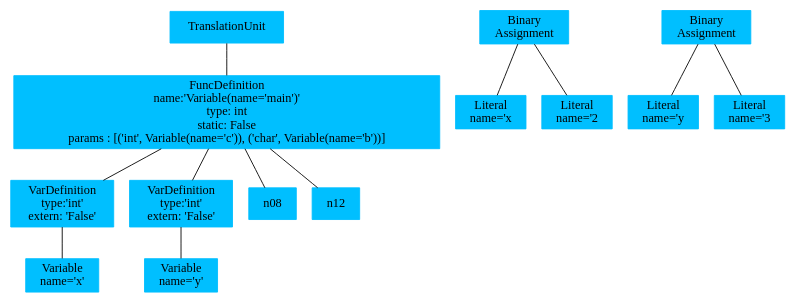
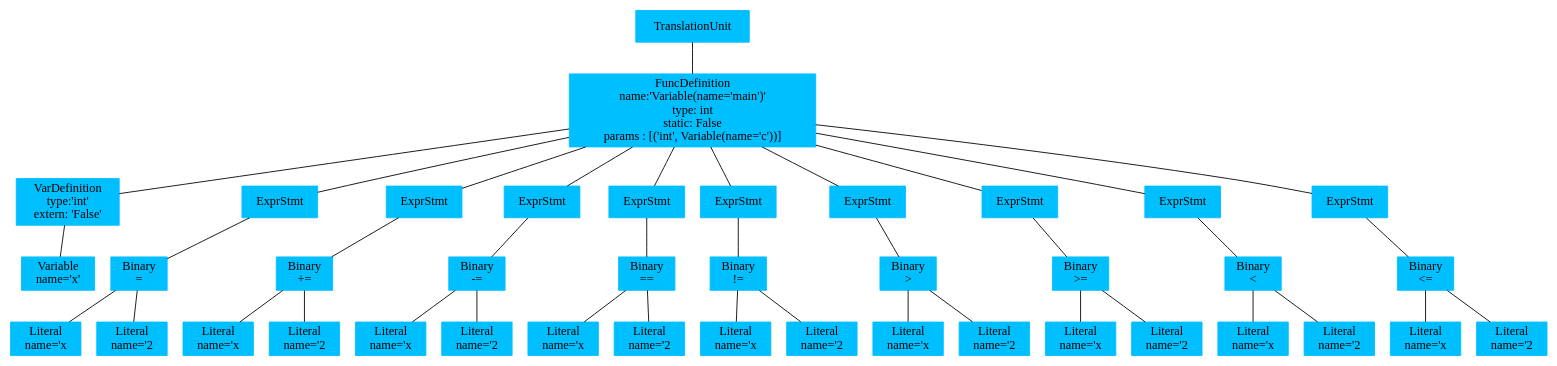
The diagram in Mini-C/AST.dot (AndresQAgudelo/Compiladores), drawn with Graphviz before and after one commit. The commit also changed 8 other files, not shown here.

```diff
--- a/Mini-C/AST.dot
+++ b/Mini-C/AST.dot
@@ -1,32 +1,84 @@
 // AST
 digraph AST {
 	node [color=deepskyblue shape=box style=filled]
 	edge [arrowhead=none]
 	n01 [label="TranslationUnit\n"]
-	n02 [label="FuncDefinition\nname:'Variable(name='main')'\ntype: int\nstatic: False\n params : [('int', Variable(name='c')), ('char', Variable(name='b'))]"]
+	n02 [label="FuncDefinition\nname:'Variable(name='main')'\ntype: int\nstatic: False\n params : [('int', Variable(name='c'))]"]
 	n03 [label="VarDefinition\ntype:'int'\nextern: 'False'"]
 	n04 [label="Variable\nname='x'"]
 	n03 -> n04
 	n02 -> n03
-	n05 [label="VarDefinition\ntype:'int'\nextern: 'False'"]
-	n06 [label="Variable\nname='y'"]
+	n05 [label=ExprStmt]
+	n06 [label="Binary\n = "]
+	n07 [label="Literal\nname='x"]
+	n06 -> n07
+	n08 [label="Literal\nname='2"]
+	n06 -> n08
 	n05 -> n06
 	n02 -> n05
-	n07 [label=ExprStmt]
-	n08 [label="Binary\nAssignment"]
-	n09 [label="Literal\nname='x"]
-	n08 -> n09
-	n10 [label="Literal\nname='2"]
-	n08 -> n10
-	n07 [label=n08]
-	n02 -> n07
-	n11 [label=ExprStmt]
-	n12 [label="Binary\nAssignment"]
-	n13 [label="Literal\nname='y"]
-	n12 -> n13
-	n14 [label="Literal\nname='3"]
-	n12 -> n14
-	n11 [label=n12]
-	n02 -> n11
+	n09 [label=ExprStmt]
+	n10 [label="Binary\n += "]
+	n11 [label="Literal\nname='x"]
+	n10 -> n11
+	n12 [label="Literal\nname='2"]
+	n10 -> n12
+	n09 -> n10
+	n02 -> n09
+	n13 [label=ExprStmt]
+	n14 [label="Binary\n -= "]
+	n15 [label="Literal\nname='x"]
+	n14 -> n15
+	n16 [label="Literal\nname='2"]
+	n14 -> n16
+	n13 -> n14
+	n02 -> n13
+	n17 [label=ExprStmt]
+	n18 [label="Binary\n == "]
+	n19 [label="Literal\nname='x"]
+	n18 -> n19
+	n20 [label="Literal\nname='2"]
+	n18 -> n20
+	n17 -> n18
+	n02 -> n17
+	n21 [label=ExprStmt]
+	n22 [label="Binary\n != "]
+	n23 [label="Literal\nname='x"]
+	n22 -> n23
+	n24 [label="Literal\nname='2"]
+	n22 -> n24
+	n21 -> n22
+	n02 -> n21
+	n25 [label=ExprStmt]
+	n26 [label="Binary\n > "]
+	n27 [label="Literal\nname='x"]
+	n26 -> n27
+	n28 [label="Literal\nname='2"]
+	n26 -> n28
+	n25 -> n26
+	n02 -> n25
+	n29 [label=ExprStmt]
+	n30 [label="Binary\n >= "]
+	n31 [label="Literal\nname='x"]
+	n30 -> n31
+	n32 [label="Literal\nname='2"]
+	n30 -> n32
+	n29 -> n30
+	n02 -> n29
+	n33 [label=ExprStmt]
+	n34 [label="Binary\n < "]
+	n35 [label="Literal\nname='x"]
+	n34 -> n35
+	n36 [label="Literal\nname='2"]
+	n34 -> n36
+	n33 -> n34
+	n02 -> n33
+	n37 [label=ExprStmt]
+	n38 [label="Binary\n <= "]
+	n39 [label="Literal\nname='x"]
+	n38 -> n39
+	n40 [label="Literal\nname='2"]
+	n38 -> n40
+	n37 -> n38
+	n02 -> n37
 	n01 -> n02
 }
```
